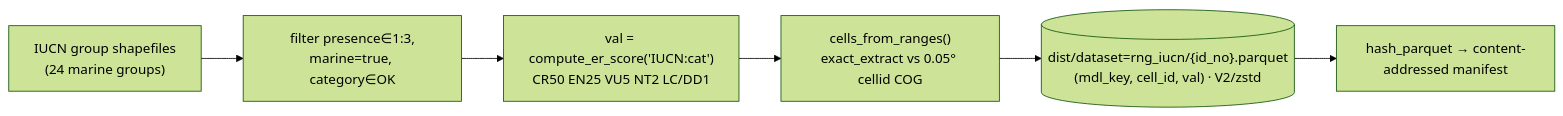
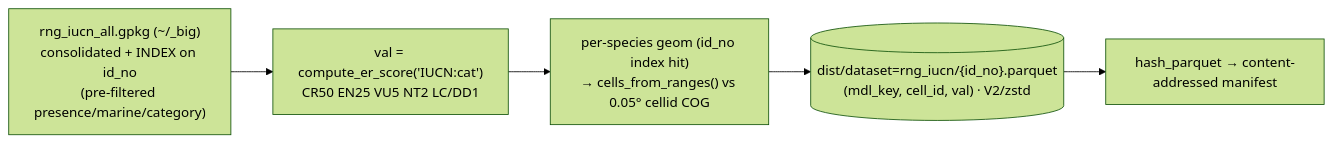
Before and after one commit to MarineSensitivity/workflows: the diagram in ingest_iucnredlist.org_ranges.qmd, drawn with Mermaid (forest theme). The commit also changed other lines of this file and 2 other files, not shown here.

First line of the commit message:
de-Drive: read all sources from ~/_big; IUCN via one indexed geopackage

````diff
--- a/ingest_iucnredlist.org_ranges.qmd
+++ b/ingest_iucnredlist.org_ranges.qmd
@@ -29,10 +29,9 @@
 ```{mermaid}
 %%| label: fig-design
 %%| fig-cap: "IUCN expert ranges → whole-range extinction-risk value on the global 0.05° grid"
 flowchart LR
-  src["IUCN group shapefiles<br/>(24 marine groups)"] --> filt["filter presence∈1:3,<br/>marine=true, category∈OK"]
-  filt --> er["val = compute_er_score('IUCN:cat')<br/>CR50 EN25 VU5 NT2 LC/DD1"]
-  er --> ee["cells_from_ranges()<br/>exact_extract vs 0.05° cellid COG"]
+  src["rng_iucn_all.gpkg (~/_big)<br/>consolidated + INDEX on id_no<br/>(pre-filtered presence/marine/category)"] --> er["val = compute_er_score('IUCN:cat')<br/>CR50 EN25 VU5 NT2 LC/DD1"]
+  er --> ee["per-species geom (id_no index hit)<br/>→ cells_from_ranges() vs 0.05° cellid COG"]
   ee --> pq[("dist/dataset=rng_iucn/{id_no}.parquet<br/>(mdl_key, cell_id, val) · V2/zstd")]
   pq --> mf["hash_parquet → content-addressed manifest"]
 ```
````
